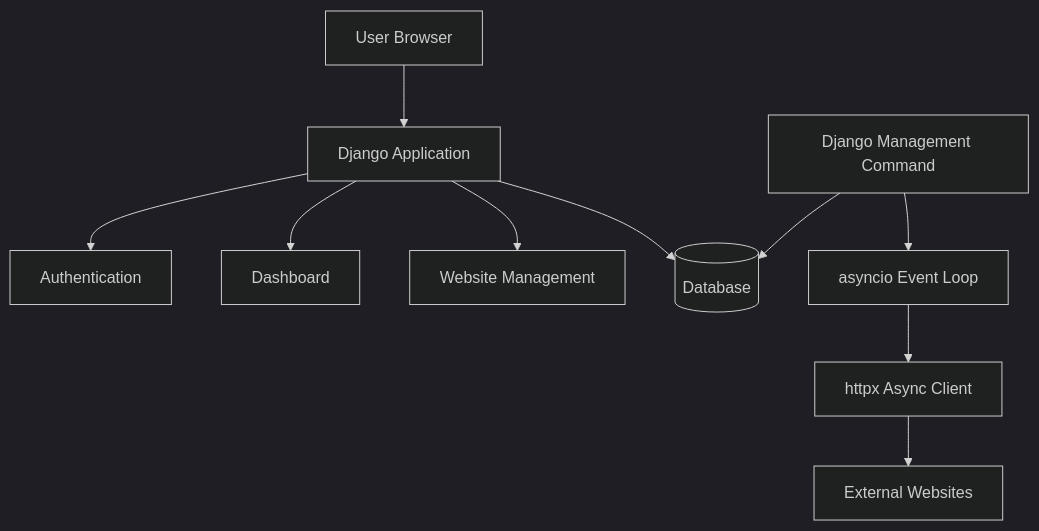
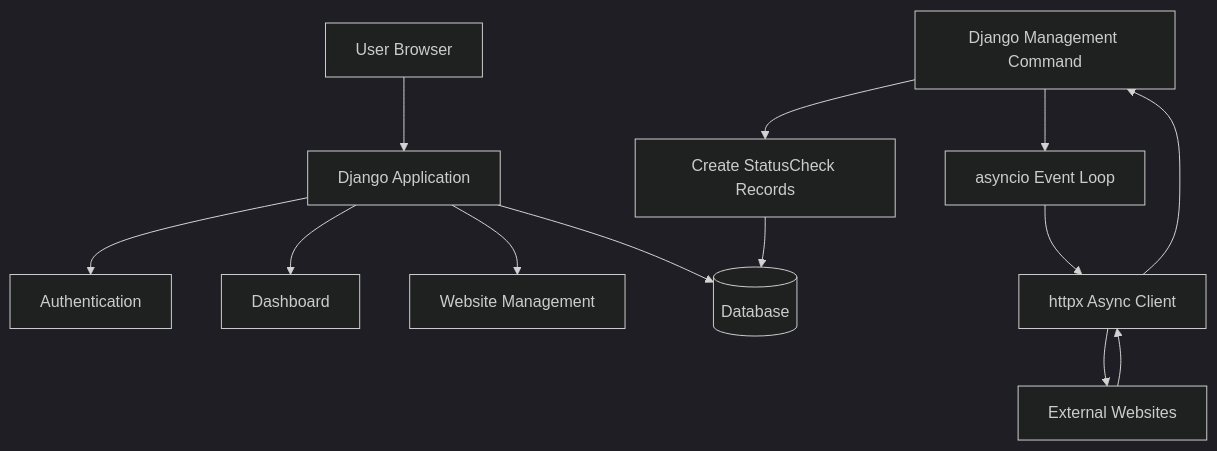
Before and after one commit to iamNaman-official/PingRadar: the first of 2 diagrams in README.md, drawn with Mermaid (dark theme). The commit also changed other lines of this file, not shown here.

````diff
--- a/README.md
+++ b/README.md
@@ -110,18 +82,17 @@
 ```mermaid
 flowchart TD
 
 A[User Browser] --> B[Django Application]
-
 B --> C[Authentication]
 B --> D[Dashboard]
 B --> E[Website Management]
-
 B --> F[(Database)]
-
 G[Django Management Command]
 G --> H[asyncio Event Loop]
 H --> I[httpx Async Client]
 I --> J[External Websites]
-
-G --> F
+J --> I
+I --> G
+G --> K[Create StatusCheck Records]
+K --> F
 ```
````
